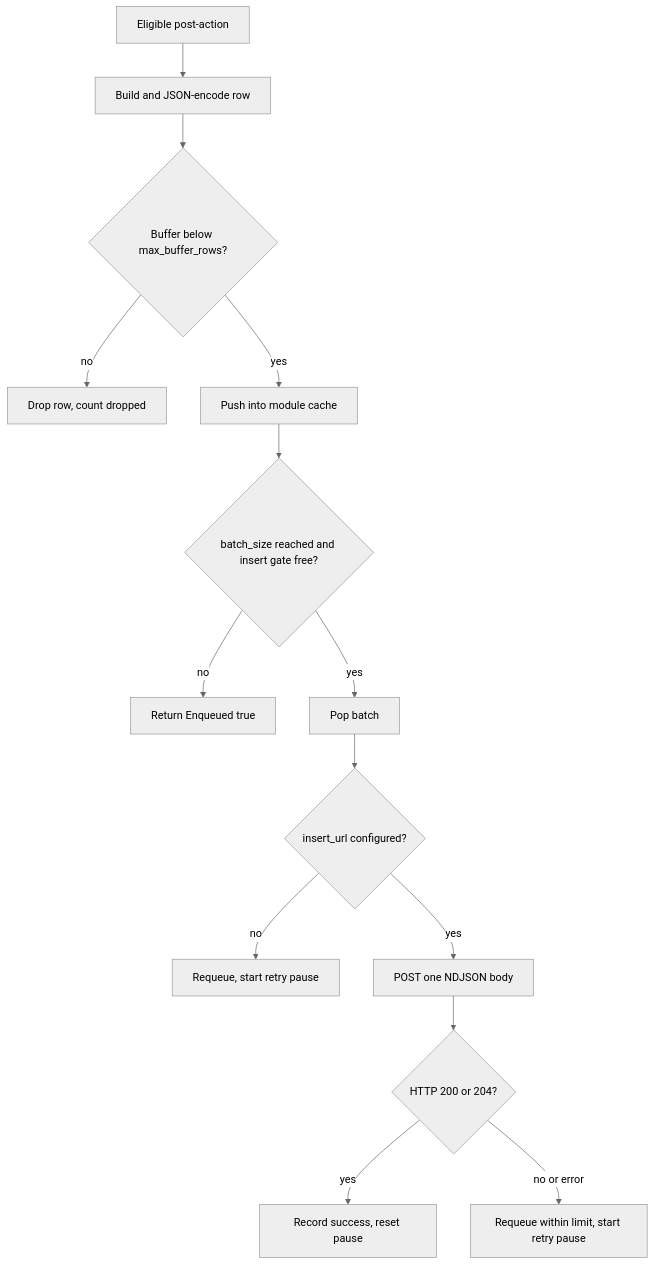
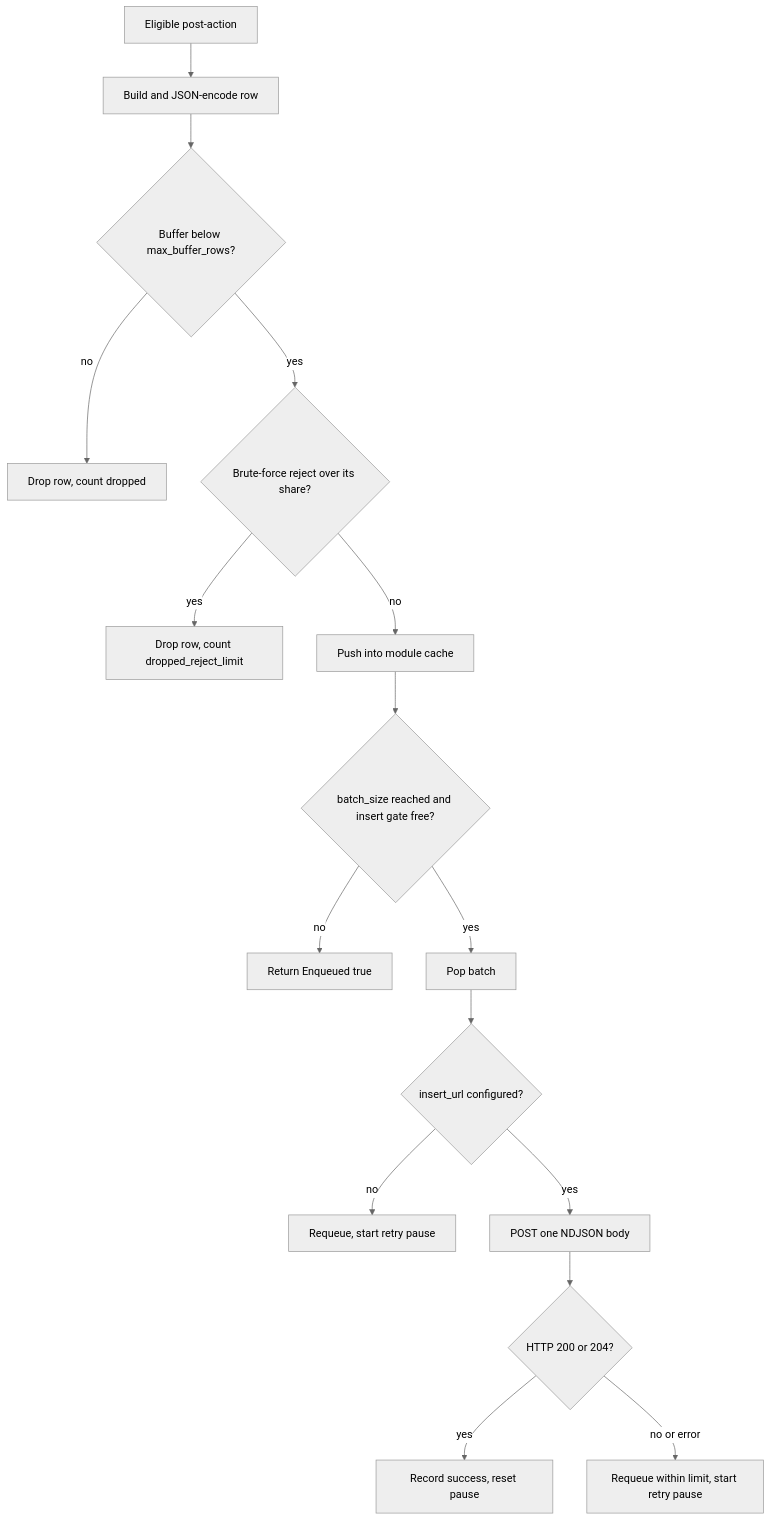
The diagram in docs/developer/go-plugins/reference-plugins/clickhouse.md (croessner/nauthilus-website), drawn with Mermaid (neutral theme) before and after one commit. The commit also changed other lines of this file and 35 other files, not shown here.

````diff
--- a/docs/developer/go-plugins/reference-plugins/clickhouse.md
+++ b/docs/developer/go-plugins/reference-plugins/clickhouse.md
@@ -107,16 +182,18 @@
 ```mermaid
 flowchart TD
     A[Eligible post-action] --> B[Build and JSON-encode row]
     B --> C{Buffer below max_buffer_rows?}
     C -- no --> X[Drop row, count dropped]
-    C -- yes --> D[Push into module cache]
+    C -- yes --> R{Brute-force reject over its share?}
+    R -- yes --> Y[Drop row, count dropped_reject_limit]
+    R -- no --> D[Push into module cache]
     D --> E{batch_size reached and insert gate free?}
     E -- no --> F[Return Enqueued true]
     E -- yes --> G[Pop batch]
     G --> H{insert_url configured?}
     H -- no --> I[Requeue, start retry pause]
     H -- yes --> J[POST one NDJSON body]
     J --> K{HTTP 200 or 204?}
     K -- yes --> L[Record success, reset pause]
     K -- no or error --> M[Requeue within limit, start retry pause]
 ```
````
